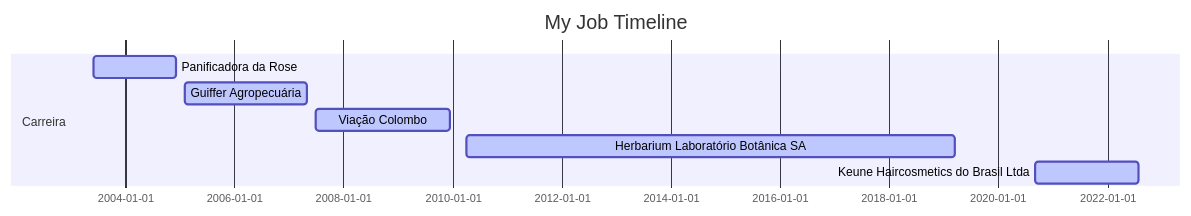
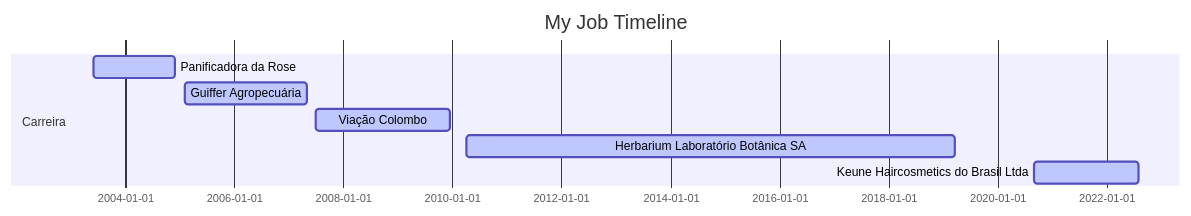
Before and after one commit to JardelSilva-86/JardelSilva: the diagram in README.md, drawn with Mermaid.

````diff
--- a/README.md
+++ b/README.md
@@ -4,14 +4,14 @@
 ```mermaid
 
 gantt
 dateFormat  DD-MM-YYYY
 title My Job Timeline
 
 section Carreira
 Panificadora da Rose                  :active,, 01-06-2003, 01-12-2004
 Guiffer Agropecuária                  :active,, 01-02-2005, 01-05-2007
 Viação Colombo                        :active,, 01-07-2007, 13-12-2009
 Herbarium Laboratório Botânica SA     :active,, 01-04-2010, 18-03-2019
-Keune Haircosmetics do Brasil Ltda    :active,, 01-09-2020, 29-07-2022
+Keune Haircosmetics do Brasil Ltda    :active,, 01-09-2020, 02-08-2022
 
 ```
````
